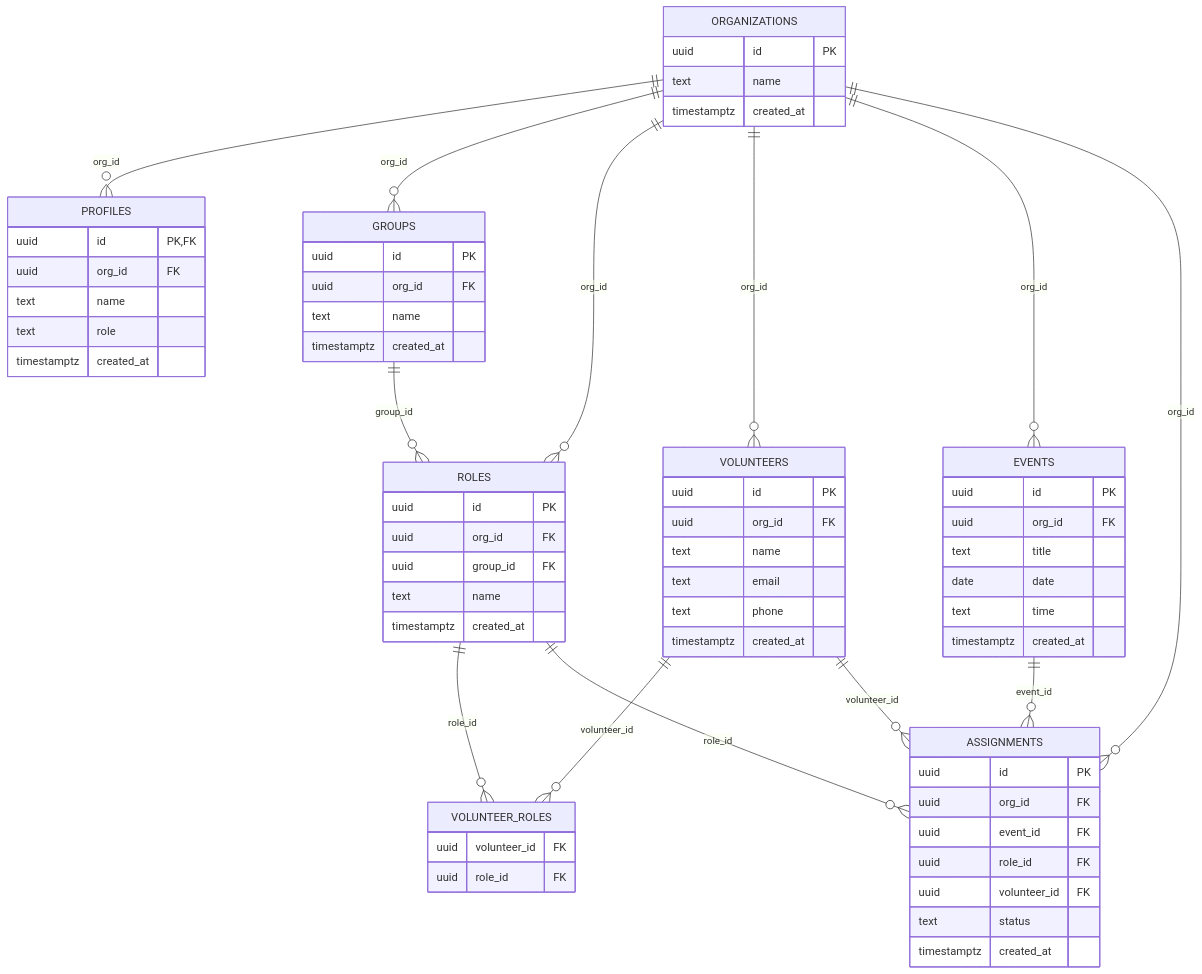
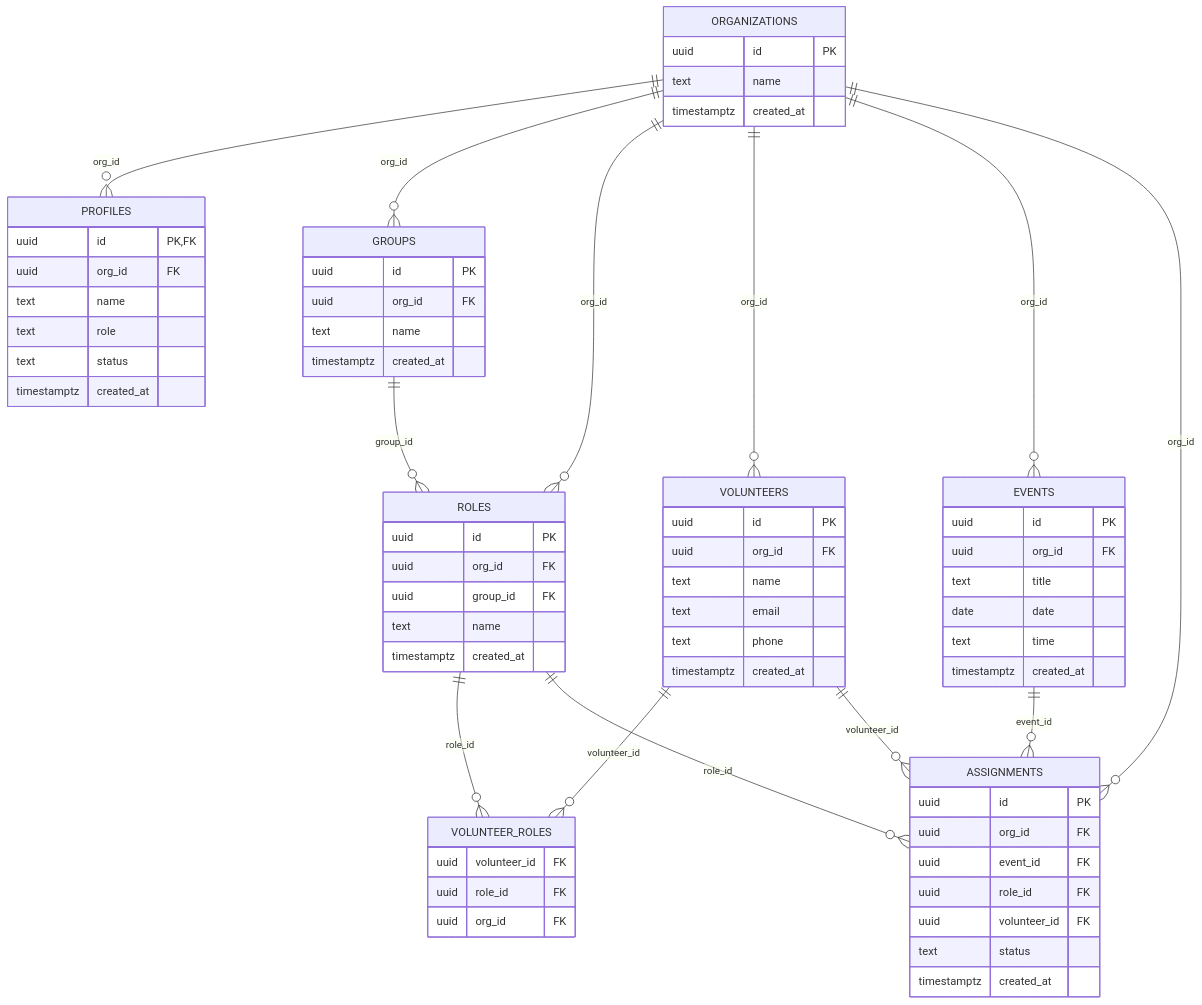
Before and after one commit to netdaniel/serveflow: the fourth of 8 diagrams in .qoder/repowiki/en/content/API Reference/Database API/Database API.md, drawn with Mermaid. The commit also changed other lines of this file and 15 other files, not shown here.

````diff
--- a/.qoder/repowiki/en/content/API Reference/Database API/Database API.md
+++ b/.qoder/repowiki/en/content/API Reference/Database API/Database API.md
@@ -127,69 +251,71 @@
 ```mermaid
 erDiagram
 ORGANIZATIONS {
 uuid id PK
 text name
 timestamptz created_at
 }
 PROFILES {
 uuid id PK, FK
 uuid org_id FK
 text name
 text role
+text status
 timestamptz created_at
 }
 GROUPS {
 uuid id PK
 uuid org_id FK
 text name
 timestamptz created_at
 }
 ROLES {
 uuid id PK
 uuid org_id FK
 uuid group_id FK
 text name
 timestamptz created_at
 }
 VOLUNTEERS {
 uuid id PK
 uuid org_id FK
 text name
 text email
 text phone
 timestamptz created_at
 }
 VOLUNTEER_ROLES {
 uuid volunteer_id FK
 uuid role_id FK
+uuid org_id FK
 }
 EVENTS {
 uuid id PK
 uuid org_id FK
 text title
 date date
 text time
 timestamptz created_at
 }
 ASSIGNMENTS {
 uuid id PK
 uuid org_id FK
 uuid event_id FK
 uuid role_id FK
 uuid volunteer_id FK
 text status
 timestamptz created_at
 }
 ORGANIZATIONS ||--o{ PROFILES : "org_id"
 ORGANIZATIONS ||--o{ GROUPS : "org_id"
 ORGANIZATIONS ||--o{ ROLES : "org_id"
 ORGANIZATIONS ||--o{ VOLUNTEERS : "org_id"
 ORGANIZATIONS ||--o{ EVENTS : "org_id"
 ORGANIZATIONS ||--o{ ASSIGNMENTS : "org_id"
 GROUPS ||--o{ ROLES : "group_id"
 VOLUNTEERS ||--o{ VOLUNTEER_ROLES : "volunteer_id"
 ROLES ||--o{ VOLUNTEER_ROLES : "role_id"
 EVENTS ||--o{ ASSIGNMENTS : "event_id"
 ROLES ||--o{ ASSIGNMENTS : "role_id"
 VOLUNTEERS ||--o{ ASSIGNMENTS : "volunteer_id"
 ```
````
